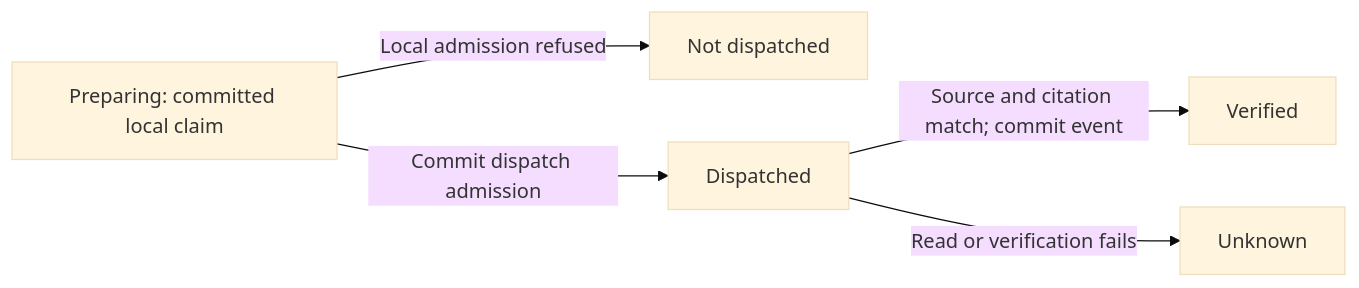
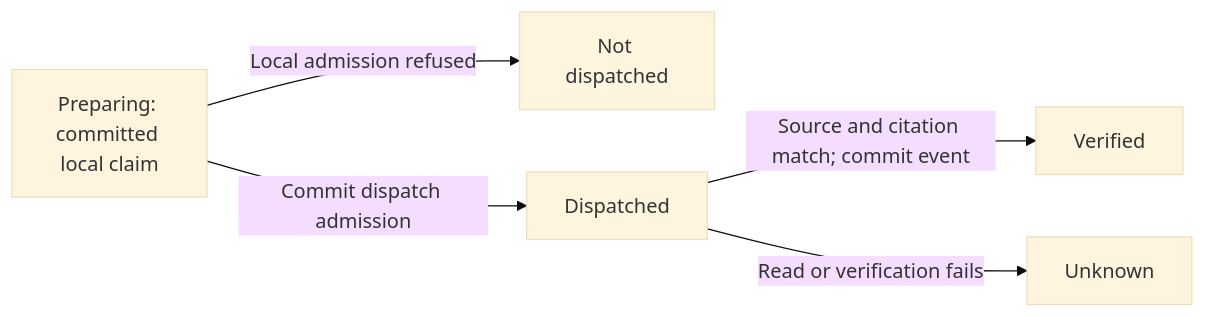
One commit to fireflyframework/firefly-forge changed the diagram in docs/architecture.md. Above: the diagram before and after it, drawn with Mermaid (base theme). The commit also changed other lines of this file, not shown here.

````diff
--- a/docs/architecture.md
+++ b/docs/architecture.md
@@ -282,7 +284,12 @@
 ```mermaid
+---
+config:
+  flowchart:
+    wrappingWidth: 96
+---
 flowchart LR
     P[Preparing: committed local claim] -->|Local admission refused| N[Not dispatched]
     P -->|Commit dispatch admission| D[Dispatched]
     D -->|Source and citation match; commit event| V[Verified]
     D -->|Read or verification fails| U[Unknown]
 ```
````
